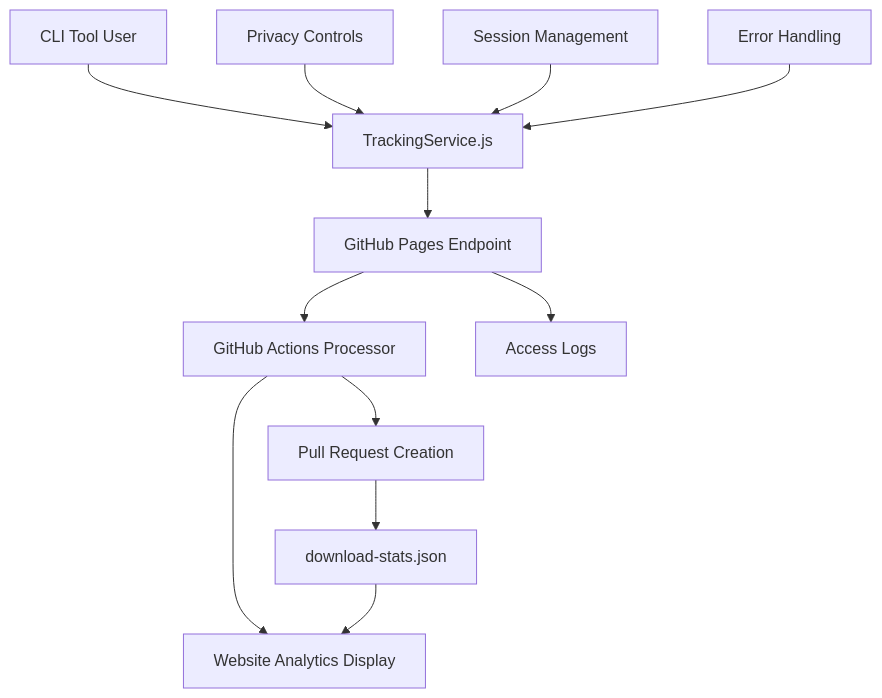
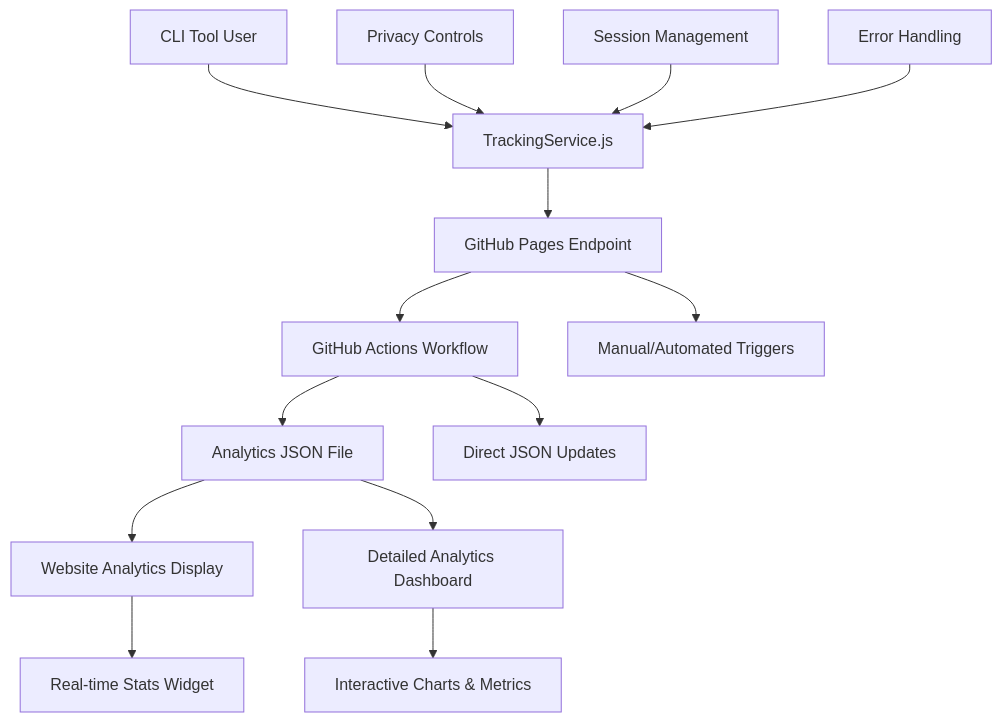
Before and after one commit to djimit/claude-code-templates: the first of 13 diagrams in TRACKING_SYSTEM.md, drawn with Mermaid. The commit also changed other lines of this file and 6 other files, not shown here.

First line of the commit message:
feat: implement elegant download tracking system with analytics dashboard

````diff
--- a/TRACKING_SYSTEM.md
+++ b/TRACKING_SYSTEM.md
@@ -11,16 +11,18 @@
 ```mermaid
 graph TB
     A[CLI Tool User] --> B[TrackingService.js]
     B --> C[GitHub Pages Endpoint]
-    C --> D[GitHub Actions Processor]
-    D --> E[Website Analytics Display]
+    C --> D[GitHub Actions Workflow]
+    D --> E[Analytics JSON File]
+    E --> F[Website Analytics Display]
+    E --> G[Detailed Analytics Dashboard]
     
-    F[Privacy Controls] --> B
-    G[Session Management] --> B
-    H[Error Handling] --> B
+    H[Privacy Controls] --> B
+    I[Session Management] --> B
+    J[Error Handling] --> B
     
-    C --> I[Access Logs]
-    D --> J[Pull Request Creation]
-    J --> K[download-stats.json]
-    K --> E
+    C --> K[Manual/Automated Triggers]
+    D --> L[Direct JSON Updates]
+    F --> M[Real-time Stats Widget]
+    G --> N[Interactive Charts & Metrics]
 ```
````
